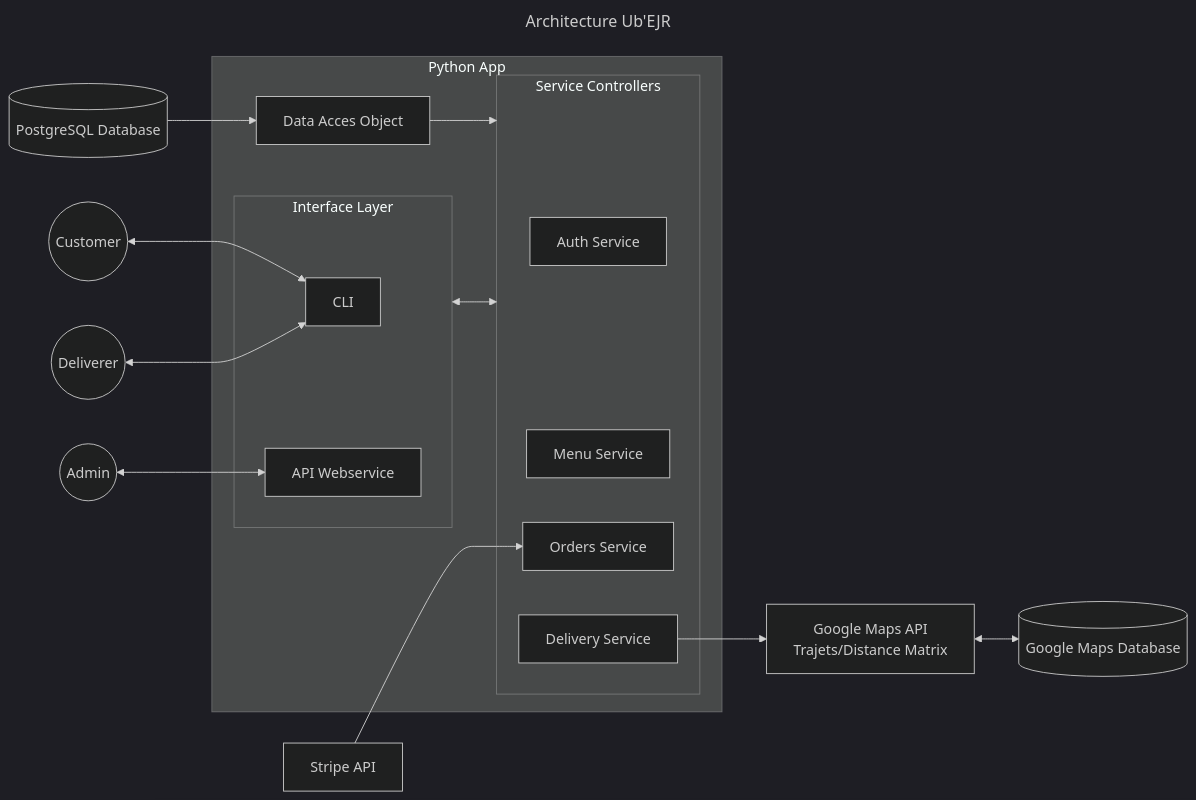
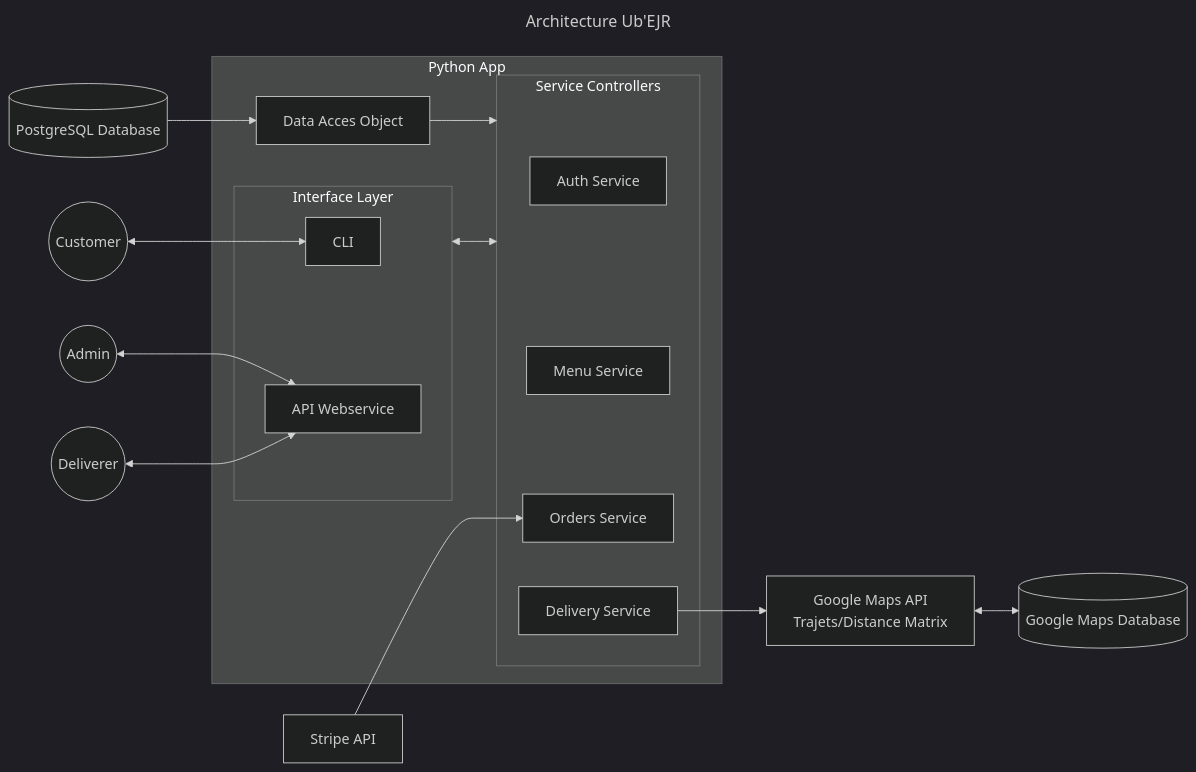
One commit to WandrilleDorchies/Projet2A_UbEJR changed the diagram in ARCHITECTURE.md. Above: the diagram before and after it, drawn with Mermaid (dark theme).

````diff
--- a/ARCHITECTURE.md
+++ b/ARCHITECTURE.md
@@ -3,32 +3,32 @@
 ```mermaid
 ---
 title: Architecture Ub'EJR
 ---
 flowchart LR
  subgraph Services["Service Controllers"]
         AUTH["Auth Service"]
         MENU["Menu Service"]
         ORDR["Orders Service"]
         DELIV["Delivery Service"]
   end
  subgraph Interfaces["Interface Layer"]
         CLI["CLI"]
         API["API Webservice"]
   end
  subgraph PythonApp["Python App"]
         DAO["Data Acces Object"]
         Services
         Interfaces
   end
     STRIPE["Stripe API"] --> ORDR
     ADM(("Admin")) <--> API
+    DEL(("Deliverer")) <--> API
     CUS(("Customer")) <--> CLI
-    DEL(("Deliverer")) <--> CLI
     DAO --> Services
     DELIV --> GMAPI["Google Maps API
         Trajets/Distance Matrix"]
     GMAPI <--> GMDB[("Google Maps Database")]
     Interfaces <--> Services
     DB[("PostgreSQL Database")] --> DAO
 
 ```
````
